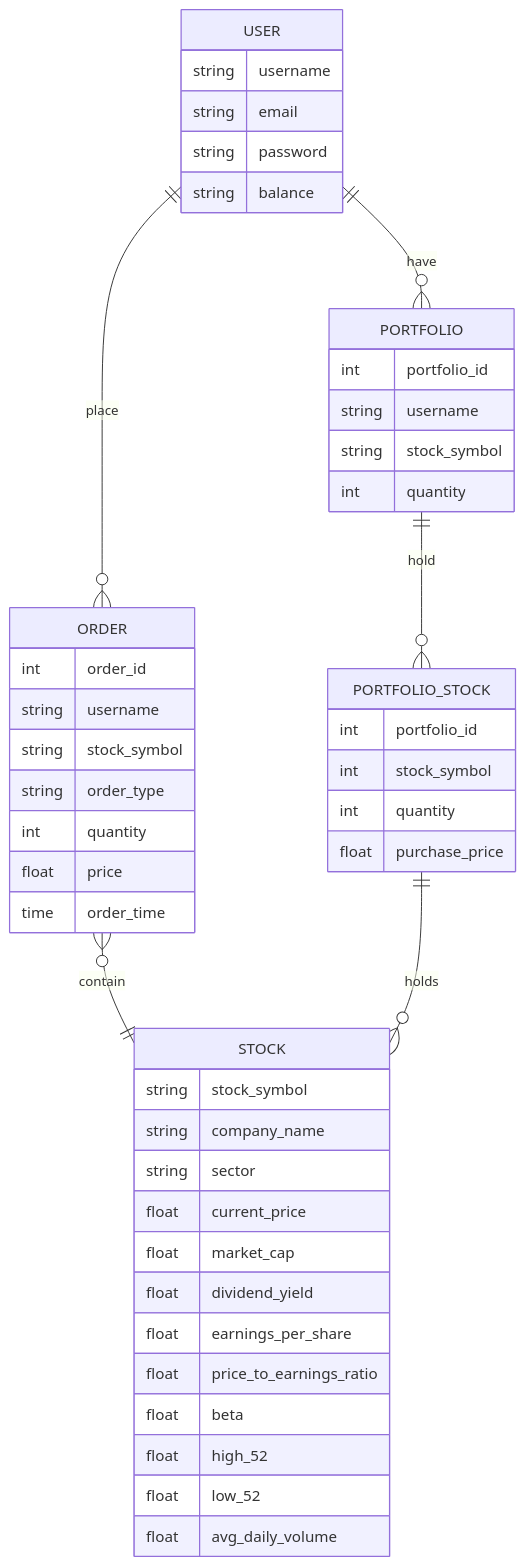
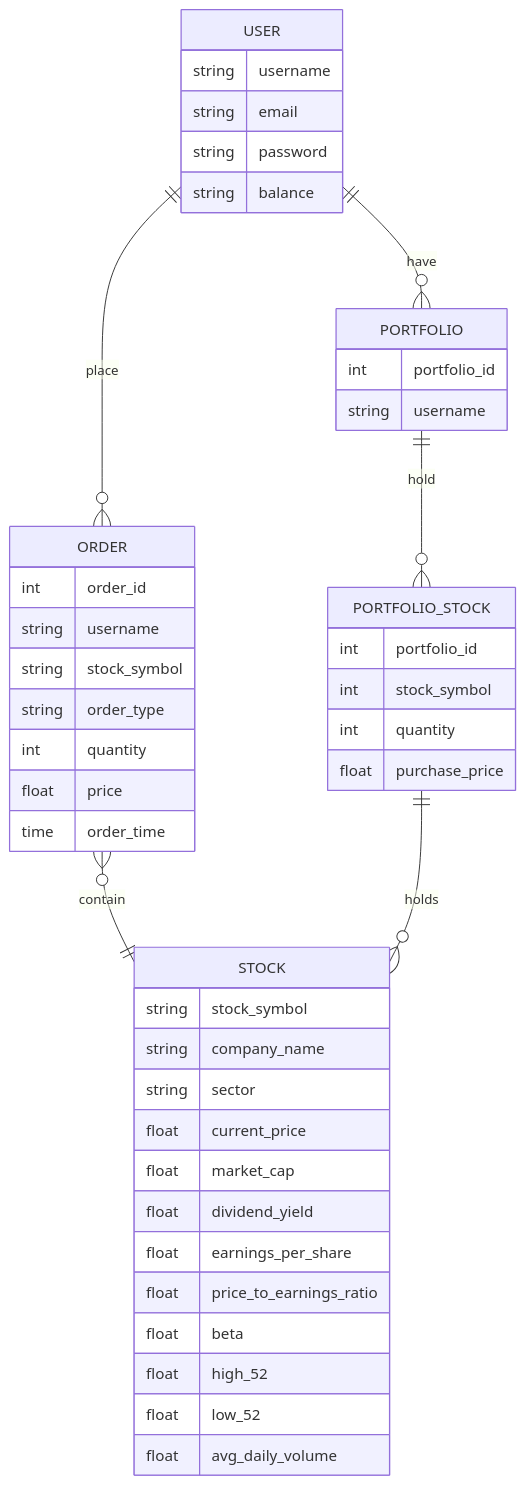
Before and after one commit to Capstone-Projects-2023-Spring/project-algorithmic-trading: the sixth of 6 diagrams in documentation/docs/system-architecture/design.md, drawn with Mermaid. The commit also changed other lines of this file and 21 other files, not shown here.

Commit message:
updated ER diagram in architecture document and added a description to it.

````diff
--- a/documentation/docs/system-architecture/design.md
+++ b/documentation/docs/system-architecture/design.md
@@ -343,51 +343,49 @@
 ```mermaid
 erDiagram
     USER ||--o{ ORDER : place  
     USER ||--o{ PORTFOLIO: have
     USER{
         string username
         string email
         string password
         string balance
     }
 
     STOCK {
         string stock_symbol
         string company_name
         string sector
         float current_price
         float market_cap
         float dividend_yield
         float earnings_per_share
         float price_to_earnings_ratio
         float beta
         float high_52
         float low_52
         float avg_daily_volume
     }
 
     ORDER }o--|| STOCK : contain
     ORDER {
         int order_id
         string username
         string stock_symbol
         string order_type
         int quantity
         float price
         time order_time
     }
     PORTFOLIO {
         int portfolio_id
         string username
-        string stock_symbol
-        int quantity
     }
     PORTFOLIO ||--o{ PORTFOLIO_STOCK : hold
     PORTFOLIO_STOCK ||--o{ STOCK: holds
     PORTFOLIO_STOCK {
         int portfolio_id
         int stock_symbol
         int quantity
         float purchase_price
     }
 ```
````
